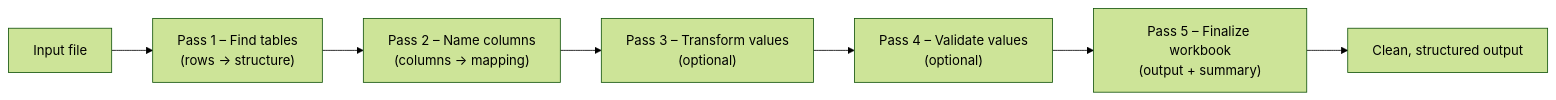
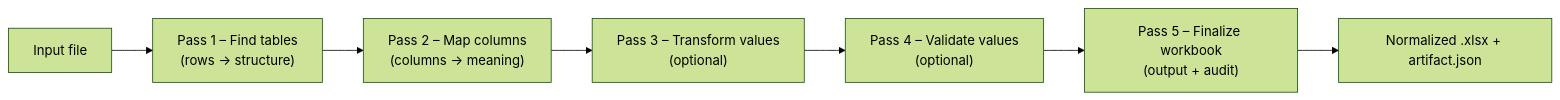
Before and after one commit to clac-ca/automatic-data-extractor: the diagram in README.md, drawn with Mermaid (forest theme). The commit also changed other lines of this file and 1 other file, not shown here.

````diff
--- a/README.md
+++ b/README.md
@@ -17,9 +18,9 @@
 ```mermaid
 flowchart LR
     A["Input file"] --> B["Pass 1 – Find tables<br/>(rows → structure)"]
-    B --> C["Pass 2 – Name columns<br/>(columns → mapping)"]
+    B --> C["Pass 2 – Map columns<br/>(columns → meaning)"]
     C --> D["Pass 3 – Transform values<br/>(optional)"]
     D --> E["Pass 4 – Validate values<br/>(optional)"]
-    E --> F["Pass 5 – Finalize workbook<br/>(output + summary)"]
-    F --> G["Clean, structured output"]
+    E --> F["Pass 5 – Finalize workbook<br/>(output + audit)"]
+    F --> G["Normalized .xlsx + artifact.json"]
 ```
````
